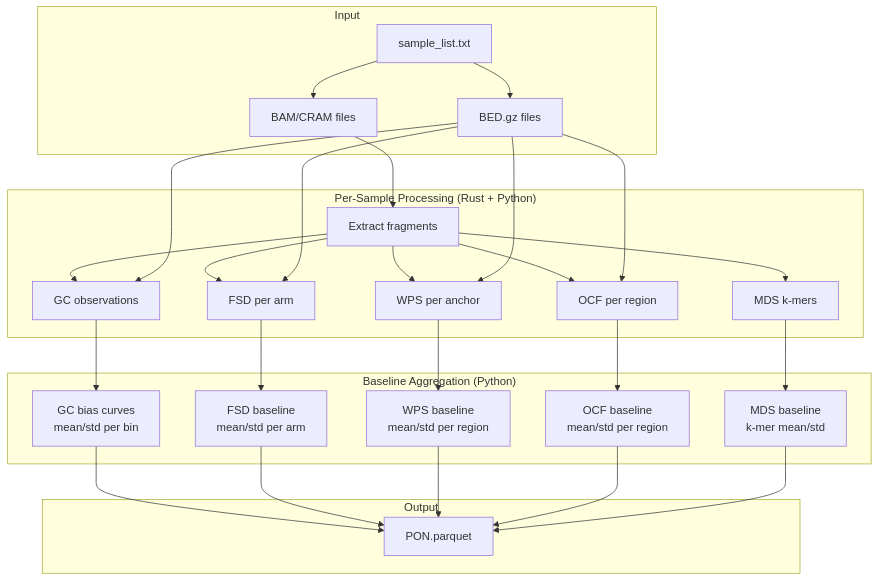
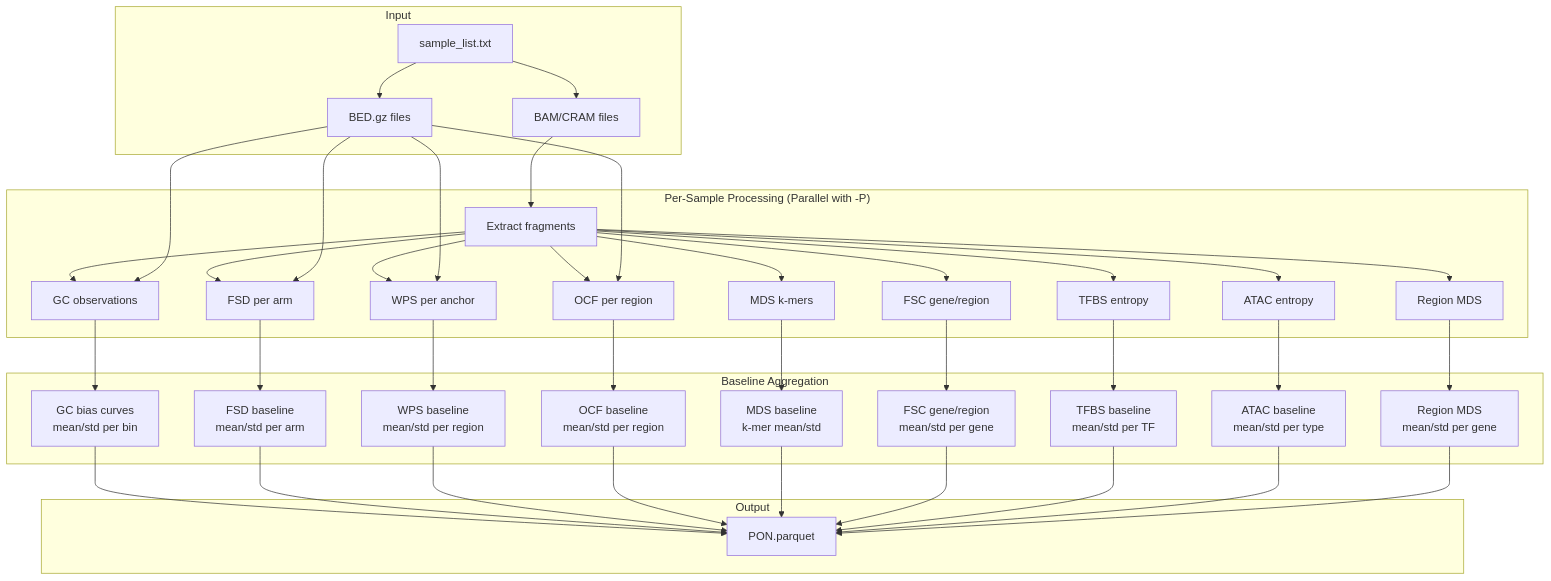
One commit to msk-access/krewlyzer changed the diagram in docs/features/build-pon.md. Above: the diagram before and after it, drawn with Mermaid. The commit also changed other lines of this file and 11 other files, not shown here.

First line of the commit message:
Enable parallel sample processing and resource detection

````diff
--- a/docs/features/build-pon.md
+++ b/docs/features/build-pon.md
@@ -55,39 +56,51 @@
 ```mermaid
 flowchart TB
     subgraph Input
         SL["sample_list.txt"]
         BAM["BAM/CRAM files"]
         BED["BED.gz files"]
     end
     
-    subgraph "Per-Sample Processing (Rust + Python)"
+    subgraph "Per-Sample Processing (Parallel with -P)"
         EXT["Extract fragments"]
         GC["GC observations"]
         FSD["FSD per arm"]
         WPS["WPS per anchor"]
         OCF["OCF per region"]
         MDS["MDS k-mers"]
+        FSC_G["FSC gene/region"]
+        TFBS["TFBS entropy"]
+        ATAC["ATAC entropy"]
+        RMDS["Region MDS"]
     end
     
-    subgraph "Baseline Aggregation (Python)"
+    subgraph "Baseline Aggregation"
         AGG_GC["GC bias curves\nmean/std per bin"]
         AGG_FSD["FSD baseline\nmean/std per arm"]
         AGG_WPS["WPS baseline\nmean/std per region"]
         AGG_OCF["OCF baseline\nmean/std per region"]
         AGG_MDS["MDS baseline\nk-mer mean/std"]
+        AGG_FSC["FSC gene/region\nmean/std per gene"]
+        AGG_TFBS["TFBS baseline\nmean/std per TF"]
+        AGG_ATAC["ATAC baseline\nmean/std per type"]
+        AGG_RMDS["Region MDS\nmean/std per gene"]
     end
     
     subgraph Output
         PON["PON.parquet"]
     end
     
     SL --> BAM & BED
-    BAM --> EXT --> GC & FSD & WPS & OCF & MDS
+    BAM --> EXT --> GC & FSD & WPS & OCF & MDS & FSC_G & TFBS & ATAC & RMDS
     BED --> GC & FSD & WPS & OCF
     
     GC --> AGG_GC --> PON
     FSD --> AGG_FSD --> PON
     WPS --> AGG_WPS --> PON
     OCF --> AGG_OCF --> PON
     MDS --> AGG_MDS --> PON
+    FSC_G --> AGG_FSC --> PON
+    TFBS --> AGG_TFBS --> PON
+    ATAC --> AGG_ATAC --> PON
+    RMDS --> AGG_RMDS --> PON
 ```
````
